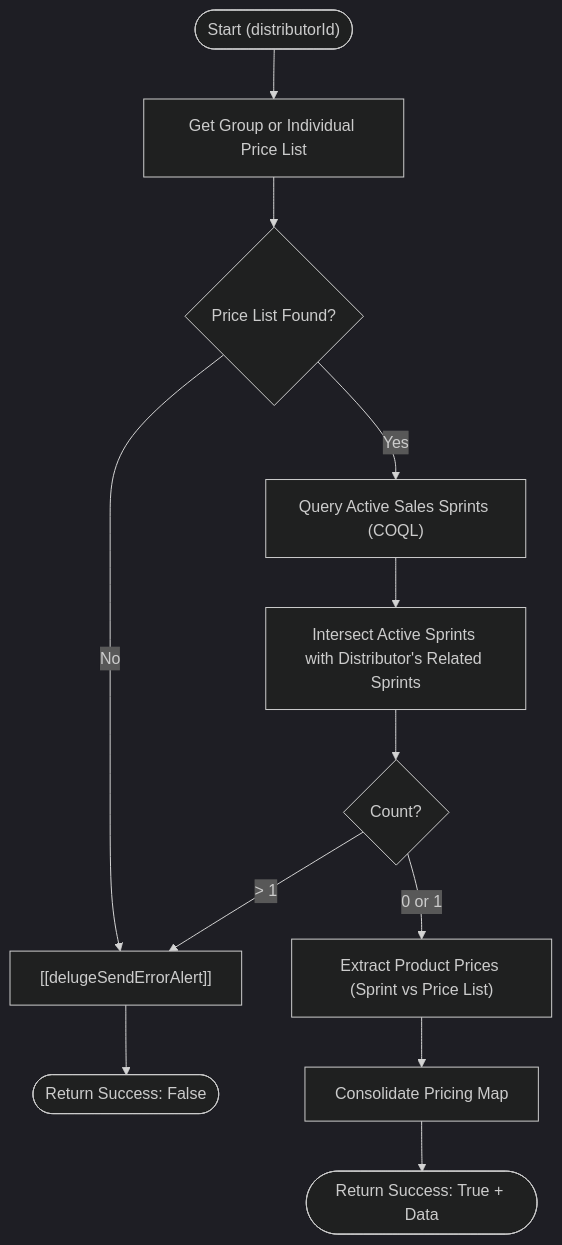
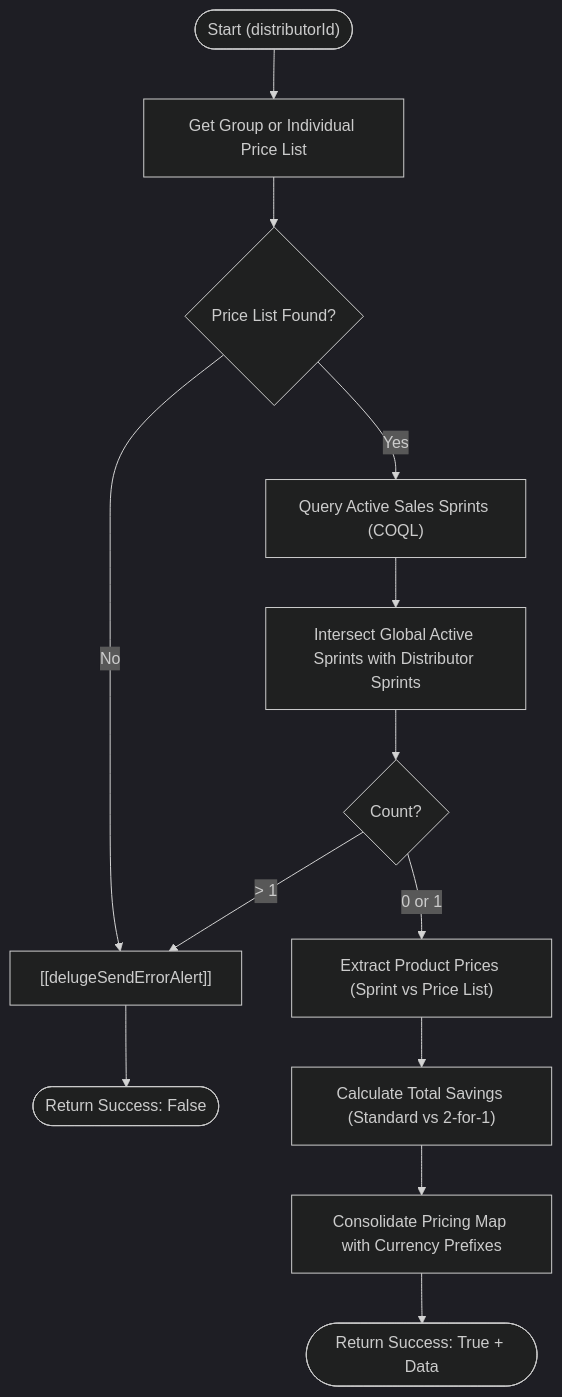
The diagram in Acquisition and Onboarding/Marketing/ActiveCampaign/Resolve Request a Quote Pricing (for ActiveCampaign)/delugeResolveRaQPricing.md (martinkp93/zoho-scripts), drawn with Mermaid (dark theme) before and after one commit. The commit also changed other lines of this file, not shown here.

````diff
--- a/Acquisition and Onboarding/Marketing/ActiveCampaign/Resolve Request a Quote Pricing (for ActiveCampaign)/delugeResolveRaQPricing.md
+++ b/Acquisition and Onboarding/Marketing/ActiveCampaign/Resolve Request a Quote Pricing (for ActiveCampaign)/delugeResolveRaQPricing.md
@@ -29,18 +29,19 @@
 ```mermaid
 graph TD
     Start(["Start (distributorId)"]) --> GetPL["Get Group or Individual Price List"]
-    GetPL --> PLCheck{Price List Found?}
+    GetPL --> PLCheck{"Price List Found?"}
     
     PLCheck -- "No" --> ErrAlert["[[delugeSendErrorAlert]]"]
     ErrAlert --> ReturnFail(["Return Success: False"])
     
     PLCheck -- "Yes" --> GetActiveSprints["Query Active Sales Sprints (COQL)"]
-    GetActiveSprints --> IntersectSprints["Intersect Active Sprints with Distributor's Related Sprints"]
+    GetActiveSprints --> IntersectSprints["Intersect Global Active Sprints with Distributor Sprints"]
     
-    IntersectSprints --> SprintCount{Count?}
+    IntersectSprints --> SprintCount{"Count?"}
     SprintCount -- "> 1" --> ErrAlert
     SprintCount -- "0 or 1" --> ExtractPrices["Extract Product Prices (Sprint vs Price List)"]
     
-    ExtractPrices --> BuildMap["Consolidate Pricing Map"]
+    ExtractPrices --> CalcSavings["Calculate Total Savings (Standard vs 2-for-1)"]
+    CalcSavings --> BuildMap["Consolidate Pricing Map with Currency Prefixes"]
     BuildMap --> End(["Return Success: True + Data"])
 ```
````
